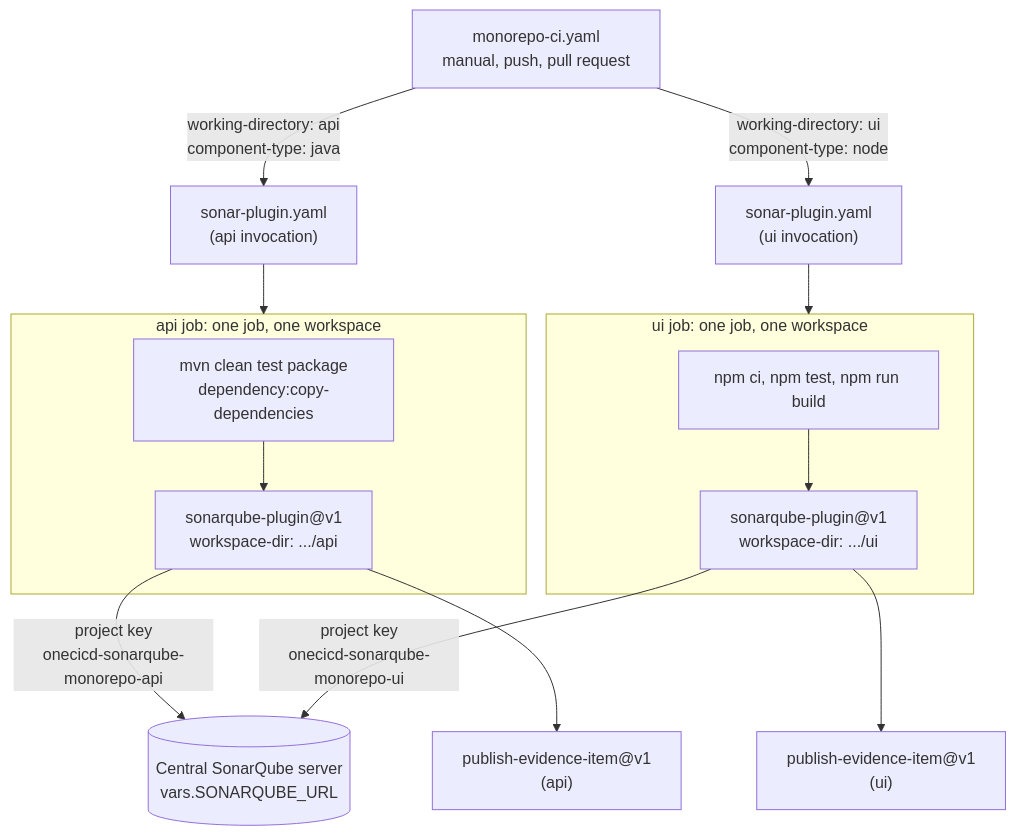
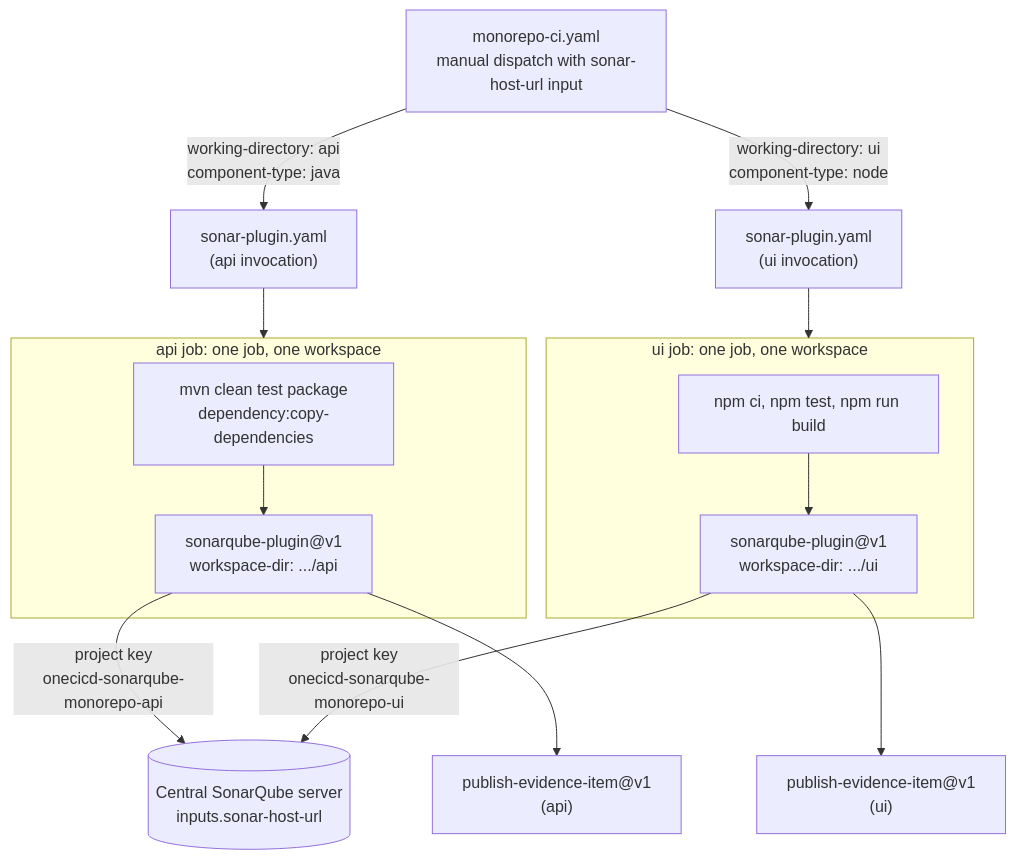
The diagram in README.md (cb-unify-enterprise-poc/onecicd-sonarqube-monorepo-example), drawn with Mermaid before and after one commit. The commit also changed other lines of this file and 2 other files, not shown here.

First line of the commit message:
Pass SonarQube URL as a run input instead of a CloudBees property

````diff
--- a/README.md
+++ b/README.md
@@ -36,20 +36,20 @@
 ```mermaid
 flowchart TD
-    CALLER["monorepo-ci.yaml<br/>manual, push, pull request"]
+    CALLER["monorepo-ci.yaml<br/>manual dispatch with sonar-host-url input"]
     CALLER -->|"working-directory: api<br/>component-type: java"| APIWF["sonar-plugin.yaml<br/>(api invocation)"]
     CALLER -->|"working-directory: ui<br/>component-type: node"| UIWF["sonar-plugin.yaml<br/>(ui invocation)"]
 
     subgraph APIJOB["api job: one job, one workspace"]
         APIB["mvn clean test package<br/>dependency:copy-dependencies"] --> APIS["sonarqube-plugin@v1<br/>workspace-dir: .../api"]
     end
     subgraph UIJOB["ui job: one job, one workspace"]
         UIB["npm ci, npm test, npm run build"] --> UIS["sonarqube-plugin@v1<br/>workspace-dir: .../ui"]
     end
 
     APIWF --> APIJOB
     UIWF --> UIJOB
-    APIS -->|"project key<br/>onecicd-sonarqube-monorepo-api"| SQ[("Central SonarQube server<br/>vars.SONARQUBE_URL")]
+    APIS -->|"project key<br/>onecicd-sonarqube-monorepo-api"| SQ[("Central SonarQube server<br/>inputs.sonar-host-url")]
     UIS -->|"project key<br/>onecicd-sonarqube-monorepo-ui"| SQ
     APIS --> EVA["publish-evidence-item@v1<br/>(api)"]
     UIS --> EVU["publish-evidence-item@v1<br/>(ui)"]
 ```
````
